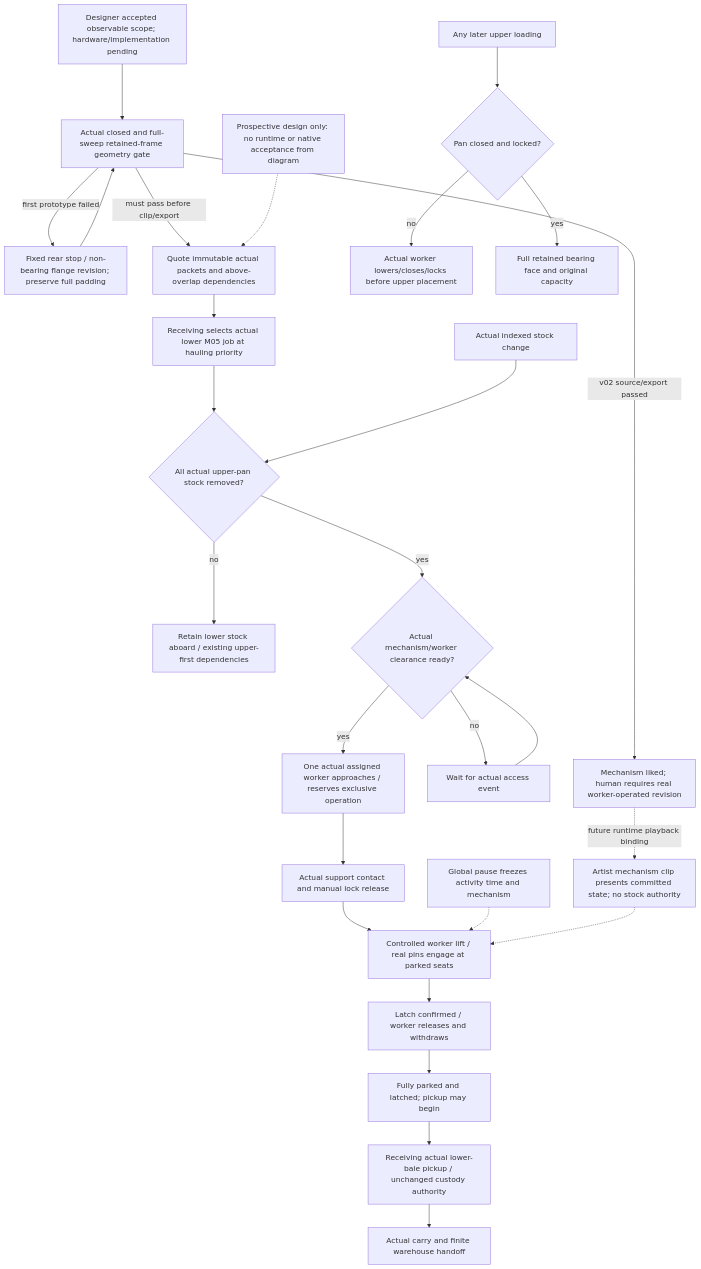
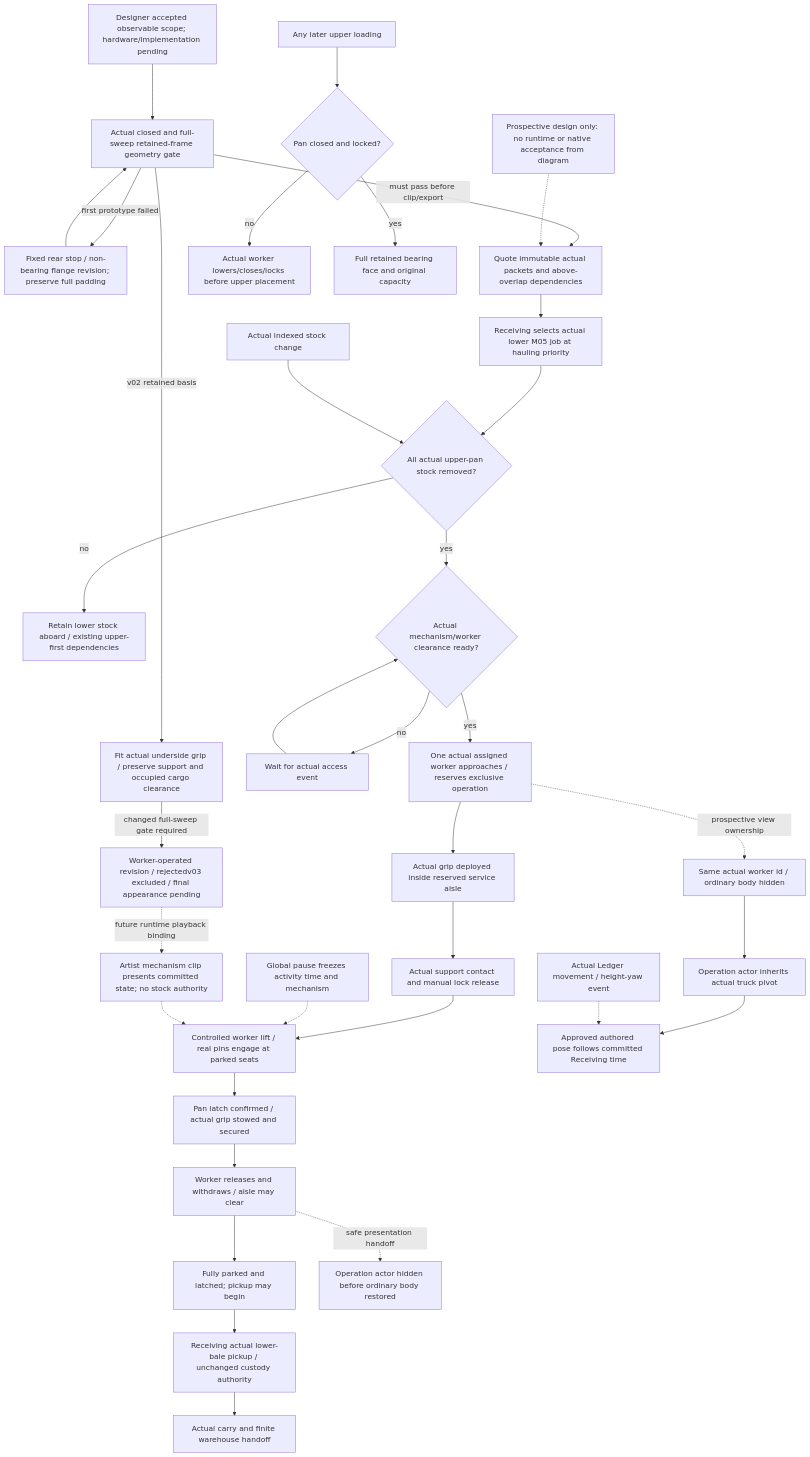
The diagram in docs/diagrams/s4_bale_service.mmd (TheInfinityIQ/Trencho_V4), drawn with Mermaid before and after one commit. The commit also changed 1 other file, not shown here.

Commit message:
Plan worker grip service space and safe unloading handoff

```diff
--- a/docs/diagrams/s4_bale_service.mmd
+++ b/docs/diagrams/s4_bale_service.mmd
@@ -1,27 +1,36 @@
 flowchart TD
   Scope[Designer accepted observable scope; hardware/implementation pending] --> Hardware[Actual closed and full-sweep retained-frame geometry gate]
   Hardware -->|first prototype failed| Revise[Fixed rear stop / non-bearing flange revision; preserve full padding]
   Revise --> Hardware
-  Hardware -->|v02 source/export passed| Art[Mechanism liked; human requires real worker-operated revision]
+  Hardware -->|v02 retained basis| GripHardware[Fit actual underside grip / preserve support and occupied cargo clearance]
+  GripHardware -->|changed full-sweep gate required| Art[Worker-operated revision / rejectedv03 excluded / final appearance pending]
   Art -. future runtime playback binding .-> View
   Hardware -->|must pass before clip/export| Manifest[Quote immutable actual packets and above-overlap dependencies]
   Manifest --> Source[Receiving selects actual lower M05 job at hauling priority]
   Source --> Empty{All actual upper-pan stock removed?}
   Empty -->|no| Wait[Retain lower stock aboard / existing upper-first dependencies]
   StockEvent[Actual indexed stock change] --> Empty
   Empty -->|yes| Clear{Actual mechanism/worker clearance ready?}
   Clear -->|no| Clearance[Wait for actual access event]
   Clearance --> Clear
   Clear -->|yes| Worker[One actual assigned worker approaches / reserves exclusive operation]
-  Worker --> Grips[Actual support contact and manual lock release]
+  Worker --> ServiceGrip[Actual grip deployed inside reserved service aisle]
+  ServiceGrip --> Grips[Actual support contact and manual lock release]
   Grips --> Prepare[Controlled worker lift / real pins engage at parked seats]
-  Prepare --> HandsClear[Latch confirmed / worker releases and withdraws]
+  Prepare --> GripStowed[Pan latch confirmed / actual grip stowed and secured]
+  GripStowed --> HandsClear[Worker releases and withdraws / aisle may clear]
   HandsClear --> Parked[Fully parked and latched; pickup may begin]
   Parked --> Pickup[Receiving actual lower-bale pickup / unchanged custody authority]
   Pickup --> Receipt[Actual carry and finite warehouse handoff]
   Pause[Global pause freezes activity time and mechanism] -.-> Prepare
   UpperPlacement[Any later upper loading] --> Closed{Pan closed and locked?}
   Closed -->|no| Reject[Actual worker lowers/closes/locks before upper placement]
   Closed -->|yes| Support[Full retained bearing face and original capacity]
   View[Artist mechanism clip presents committed state; no stock authority] -.-> Prepare
   Note[Prospective design only: no runtime or native acceptance from diagram] -.-> Manifest
+
+  Worker -. prospective view ownership .-> Identity[Same actual worker id / ordinary body hidden]
+  Identity --> Hull[Operation actor inherits actual truck pivot]
+  Hull --> TimedPose[Approved authored pose follows committed Receiving time]
+  HandsClear -. safe presentation handoff .-> Restore[Operation actor hidden before ordinary body restored]
+  RootEvents[Actual Ledger movement / height-yaw event] -.-> TimedPose
```
